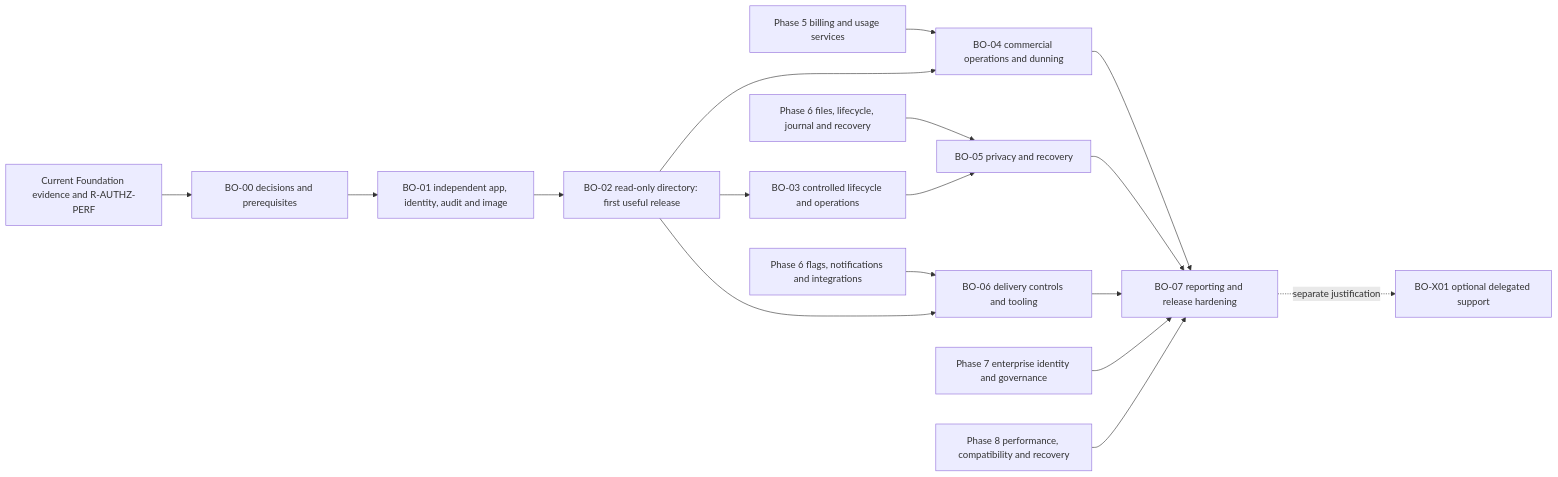
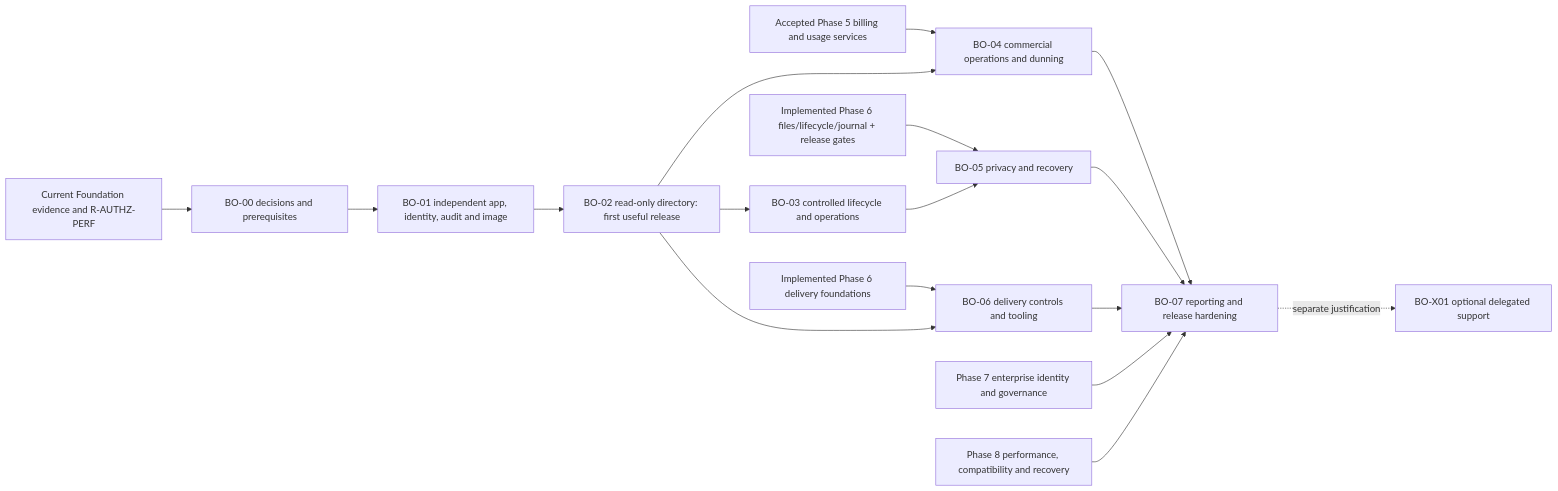
One commit to dani-beltran/saas-cook changed the diagram in docs/backoffice/development-plan.md. Above: the diagram before and after it, drawn with Mermaid. The commit also changed other lines of this file and 84 other files, not shown here.

````diff
--- a/docs/backoffice/development-plan.md
+++ b/docs/backoffice/development-plan.md
@@ -20,19 +41,19 @@
 ```mermaid
 flowchart LR
   P[Current Foundation evidence and R-AUTHZ-PERF] --> A[BO-00 decisions and prerequisites]
   A --> B[BO-01 independent app, identity, audit and image]
   B --> C[BO-02 read-only directory: first useful release]
   C --> D[BO-03 controlled lifecycle and operations]
-  P5[Phase 5 billing and usage services] --> E[BO-04 commercial operations and dunning]
+  P5[Accepted Phase 5 billing and usage services] --> E[BO-04 commercial operations and dunning]
   C --> E
-  P6[Phase 6 files, lifecycle, journal and recovery] --> F[BO-05 privacy and recovery]
+  P6[Implemented Phase 6 files/lifecycle/journal + release gates] --> F[BO-05 privacy and recovery]
   D --> F
-  P6C[Phase 6 flags, notifications and integrations] --> G[BO-06 delivery controls and tooling]
+  P6C[Implemented Phase 6 delivery foundations] --> G[BO-06 delivery controls and tooling]
   C --> G
   E --> H[BO-07 reporting and release hardening]
   F --> H
   G --> H
   P7[Phase 7 enterprise identity and governance] --> H
   P8[Phase 8 performance, compatibility and recovery] --> H
   H -. separate justification .-> X[BO-X01 optional delegated support]
 ```
````
